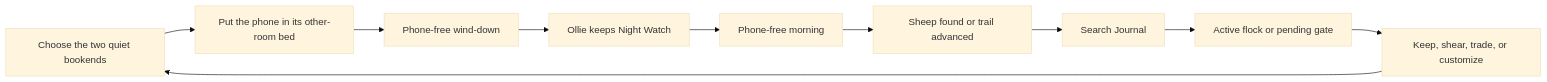
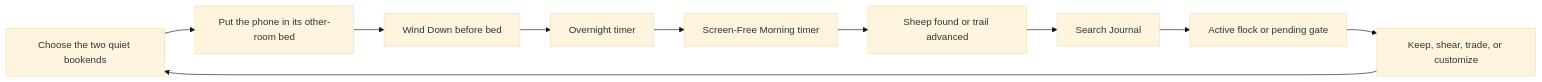
One commit to papermelon/phone-in-the-other-room changed the diagram in docs/REWARDS.md. Above: the diagram before and after it, drawn with Mermaid (base theme). The commit also changed other lines of this file and 534 other files, not shown here.

````diff
--- a/docs/REWARDS.md
+++ b/docs/REWARDS.md
@@ -13,12 +25,12 @@
 ```mermaid
 flowchart LR
     Plan[Choose the two quiet bookends] --> Away[Put the phone in its other-room bed]
-    Away --> Evening[Phone-free wind-down]
-    Evening --> Night[Ollie keeps Night Watch]
-    Night --> Morning[Phone-free morning]
+    Away --> Evening[Wind Down before bed]
+    Evening --> Night[Overnight timer]
+    Night --> Morning[Screen-Free Morning timer]
     Morning --> Search[Sheep found or trail advanced]
     Search --> Note[Search Journal]
     Note --> Arrival[Active flock or pending gate]
     Arrival --> Choice[Keep, shear, trade, or customize]
     Choice --> Plan
 ```
````
